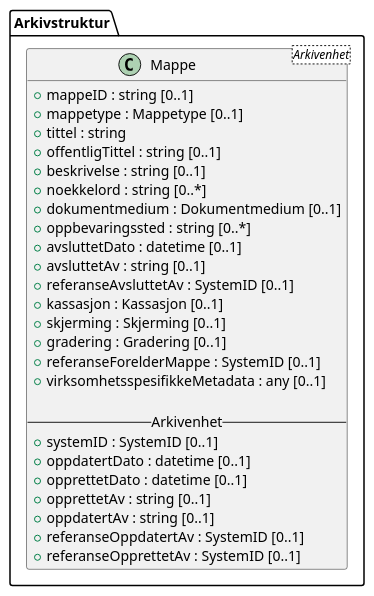
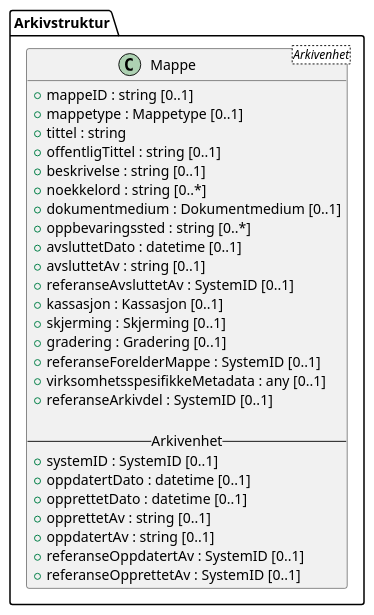
One commit to arkivverket/noark5-tjenestegrensesnitt-standard changed the diagram in kapitler/media/uml-class-mappe-all.iuml. Above: the diagram before and after it, drawn with PlantUML. The commit also changed 3 other files, not shown here.

Commit message:
Add field referanseArkivdel to Mappe and Dokumentbeskrivelse diagrams

```diff
--- a/kapitler/media/uml-class-mappe-all.iuml
+++ b/kapitler/media/uml-class-mappe-all.iuml
@@ -1,29 +1,30 @@
 @startuml
 class Arkivstruktur.Mappe <Arkivenhet> {
   +mappeID : string [0..1]
   +mappetype : Mappetype [0..1]
   +tittel : string
   +offentligTittel : string [0..1]
   +beskrivelse : string [0..1]
   +noekkelord : string [0..*]
   +dokumentmedium : Dokumentmedium [0..1]
   +oppbevaringssted : string [0..*]
   +avsluttetDato : datetime [0..1]
   +avsluttetAv : string [0..1]
   +referanseAvsluttetAv : SystemID [0..1]
   +kassasjon : Kassasjon [0..1]
   +skjerming : Skjerming [0..1]
   +gradering : Gradering [0..1]
   +referanseForelderMappe : SystemID [0..1]
   +virksomhetsspesifikkeMetadata : any [0..1]
+  +referanseArkivdel : SystemID [0..1]
 
   --Arkivenhet--
   +systemID : SystemID [0..1]
   +oppdatertDato : datetime [0..1]
   +opprettetDato : datetime [0..1]
   +opprettetAv : string [0..1]
   +oppdatertAv : string [0..1]
   +referanseOppdatertAv : SystemID [0..1]
   +referanseOpprettetAv : SystemID [0..1]
 }
 @enduml
```
